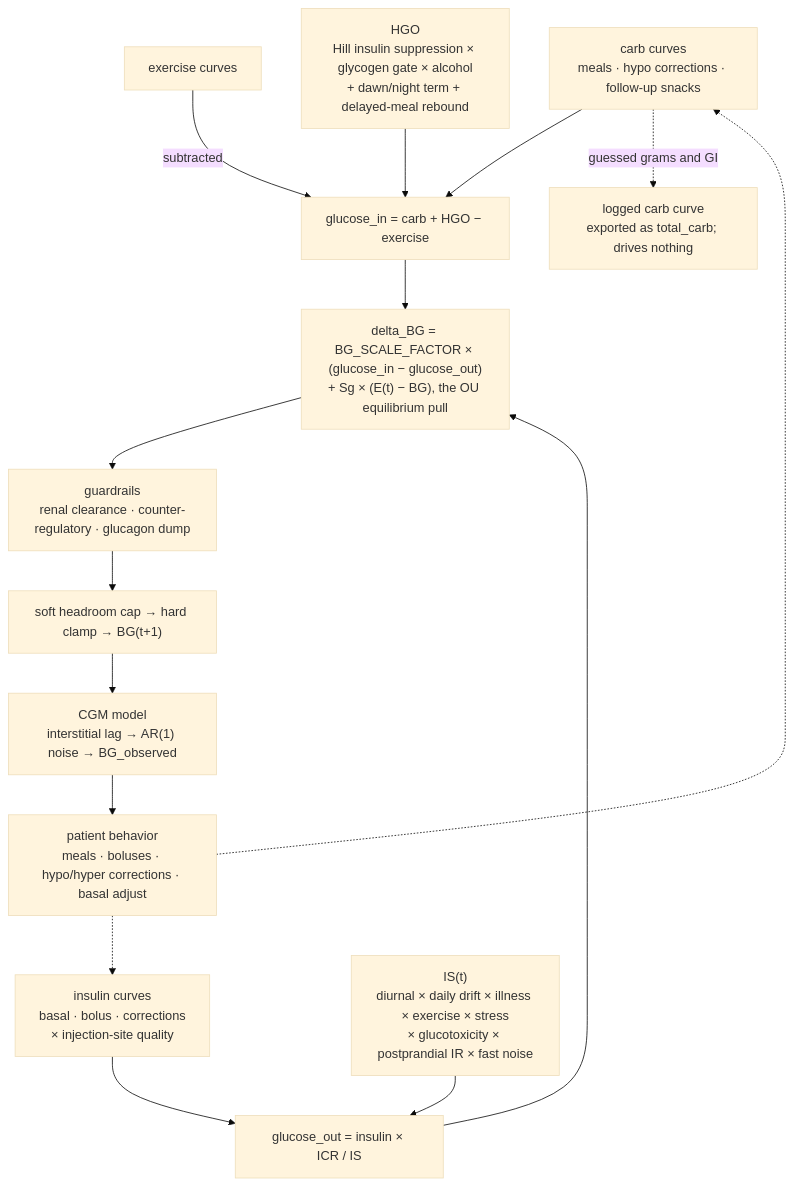
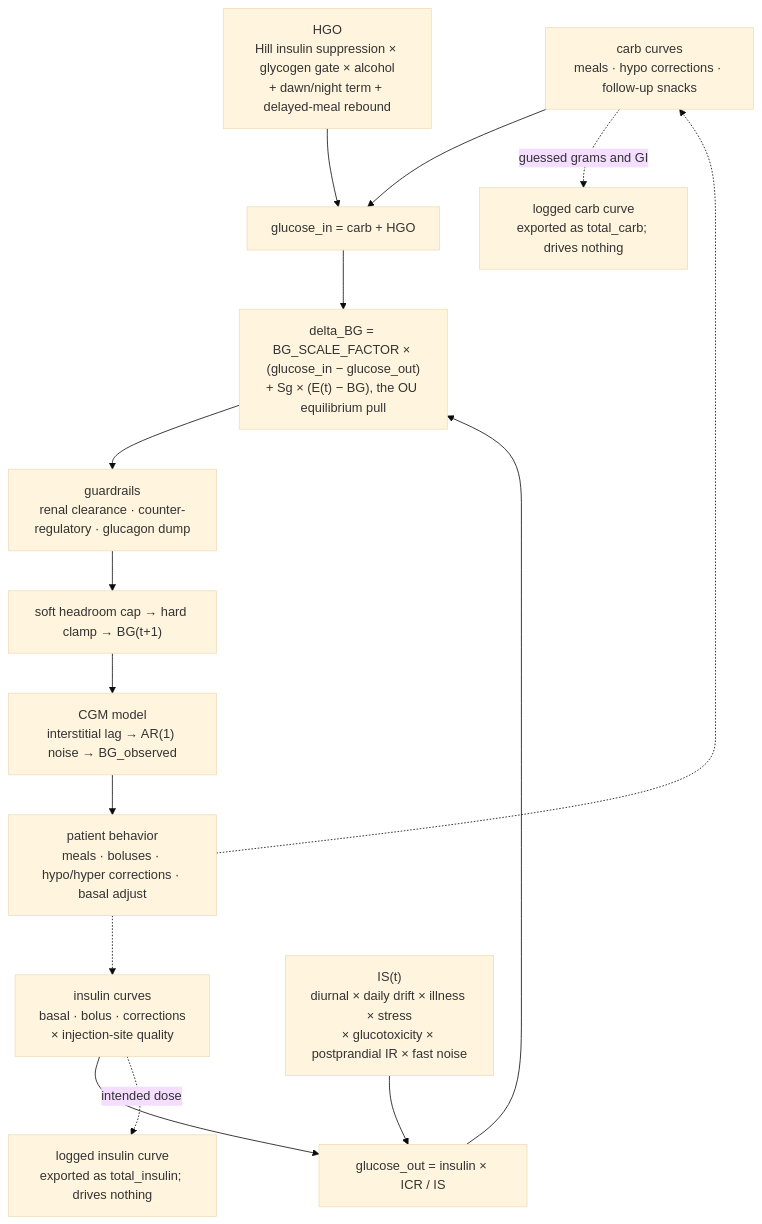
The diagram in docs/math.md (0xdeadf1sh/T1DMSIM), drawn with Mermaid (base theme) before and after one commit. The commit also changed other lines of this file and 3 other files, not shown here.

````diff
--- a/docs/math.md
+++ b/docs/math.md
@@ -8,17 +8,17 @@
 ```mermaid
 flowchart TD
-    CARB["carb curves<br/>meals · hypo corrections · follow-up snacks"] --> GIN["glucose_in = carb + HGO − exercise"]
+    CARB["carb curves<br/>meals · hypo corrections · follow-up snacks"] --> GIN["glucose_in = carb + HGO"]
     CARB -.->|"guessed grams and GI"| LOG["logged carb curve<br/>exported as total_carb; drives nothing"]
-    EX["exercise curves"] -->|subtracted| GIN
     HGO["HGO<br/>Hill insulin suppression × glycogen gate × alcohol<br/>+ dawn/night term + delayed-meal rebound"] --> GIN
     INS["insulin curves<br/>basal · bolus · corrections<br/>× injection-site quality"] --> GOUT["glucose_out = insulin × ICR / IS"]
-    IS["IS(t)<br/>diurnal × daily drift × illness × exercise × stress<br/>× glucotoxicity × postprandial IR × fast noise"] --> GOUT
+    INS -.->|"intended dose"| INSLOG["logged insulin curve<br/>exported as total_insulin; drives nothing"]
+    IS["IS(t)<br/>diurnal × daily drift × illness × stress<br/>× glucotoxicity × postprandial IR × fast noise"] --> GOUT
     GIN --> DELTA["delta_BG = BG_SCALE_FACTOR × (glucose_in − glucose_out)<br/>+ Sg × (E(t) − BG), the OU equilibrium pull"]
     GOUT --> DELTA
     DELTA --> GUARD["guardrails<br/>renal clearance · counter-regulatory · glucagon dump"]
     GUARD --> BOUND["soft headroom cap → hard clamp → BG(t+1)"]
     BOUND --> CGM["CGM model<br/>interstitial lag → AR(1) noise → BG_observed"]
     CGM --> BEH["patient behavior<br/>meals · boluses · hypo/hyper corrections · basal adjust"]
     BEH -.-> CARB
     BEH -.-> INS
 ```
````
